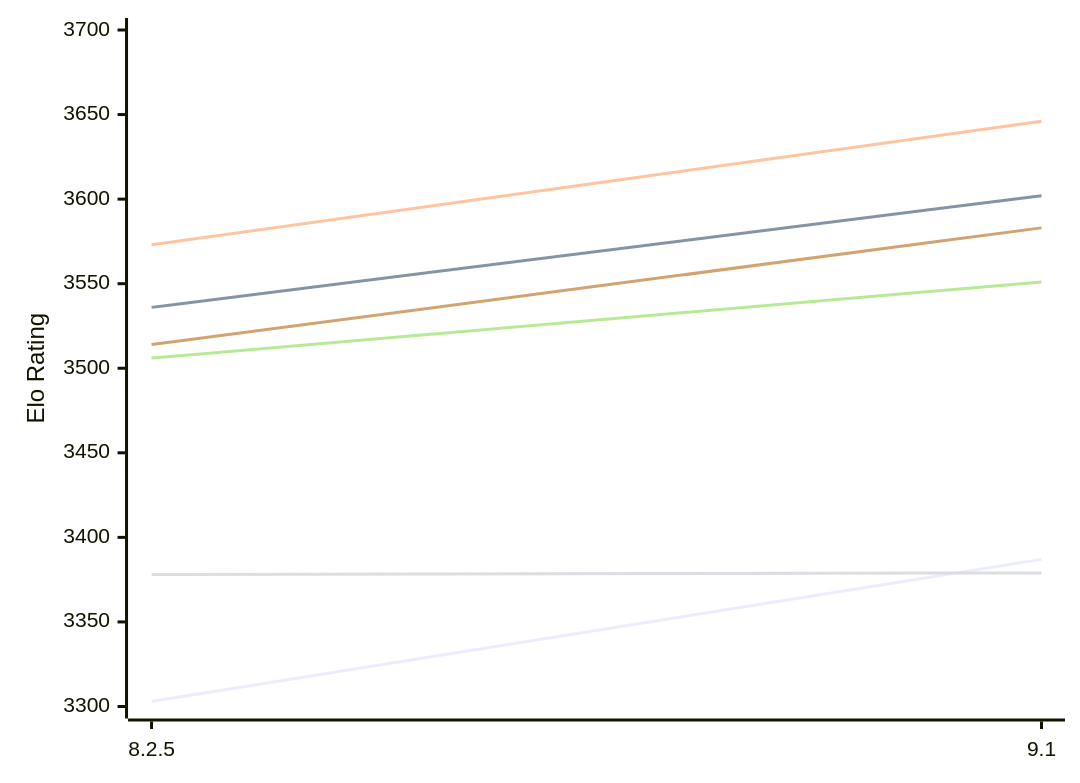
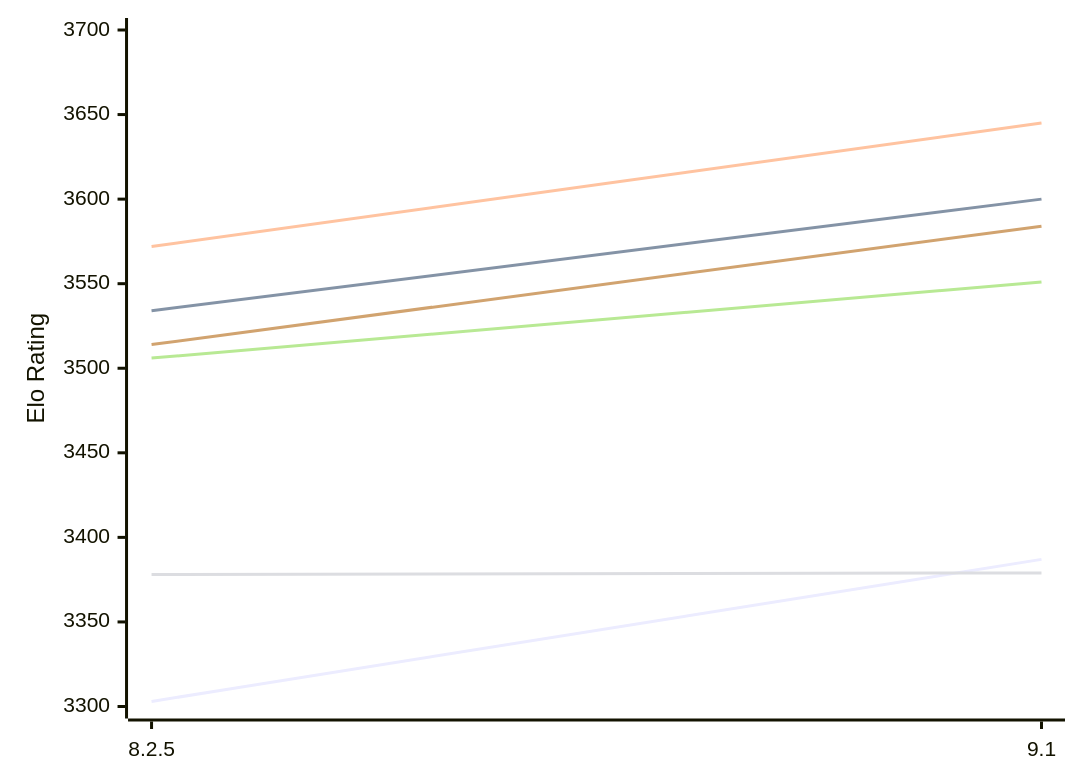
One commit to computer-chess-index/cci changed the first of 2 diagrams in engines/Clover.md. Above: the diagram before and after it, drawn with Mermaid. The commit also changed other lines of this file, not shown here.

Commit message:
Update CCI Ratings (ELO VLTC) - 2026-11-28

````diff
--- a/engines/Clover.md
+++ b/engines/Clover.md
@@ -52,12 +52,12 @@
 ```mermaid
 %%{init: {"theme":"base","themeVariables":{"seriesColors:['#a3a3a3','#222221','#faa371']}}}%%
 xychart-beta
   x-axis ["8.2.5", "9.1"]
   y-axis "Elo Rating" 3300 --> 3700
   line "E1: STC (8.0+0.08s)" [3303, 3387]
-  line "E1: LTC (60.0+0.60s)" [3536, 3602]
-  line "E1: VLTC (2m24s+1.12s)" [3573, 3646]
+  line "E1: LTC (60.0+0.60s)" [3534, 3600]
+  line "E1: VLTC (2m24s+1.12s)" [3572, 3645]
   line "P1: STC (8.0+0.08s)" [3378, 3379]
   line "P1: LTC (60.0+0.60s)" [3506, 3551]
-  line "P1: VLTC (2m24s+1.12s)" [3514, 3583]
+  line "P1: VLTC (2m24s+1.12s)" [3514, 3584]
 ```
````
